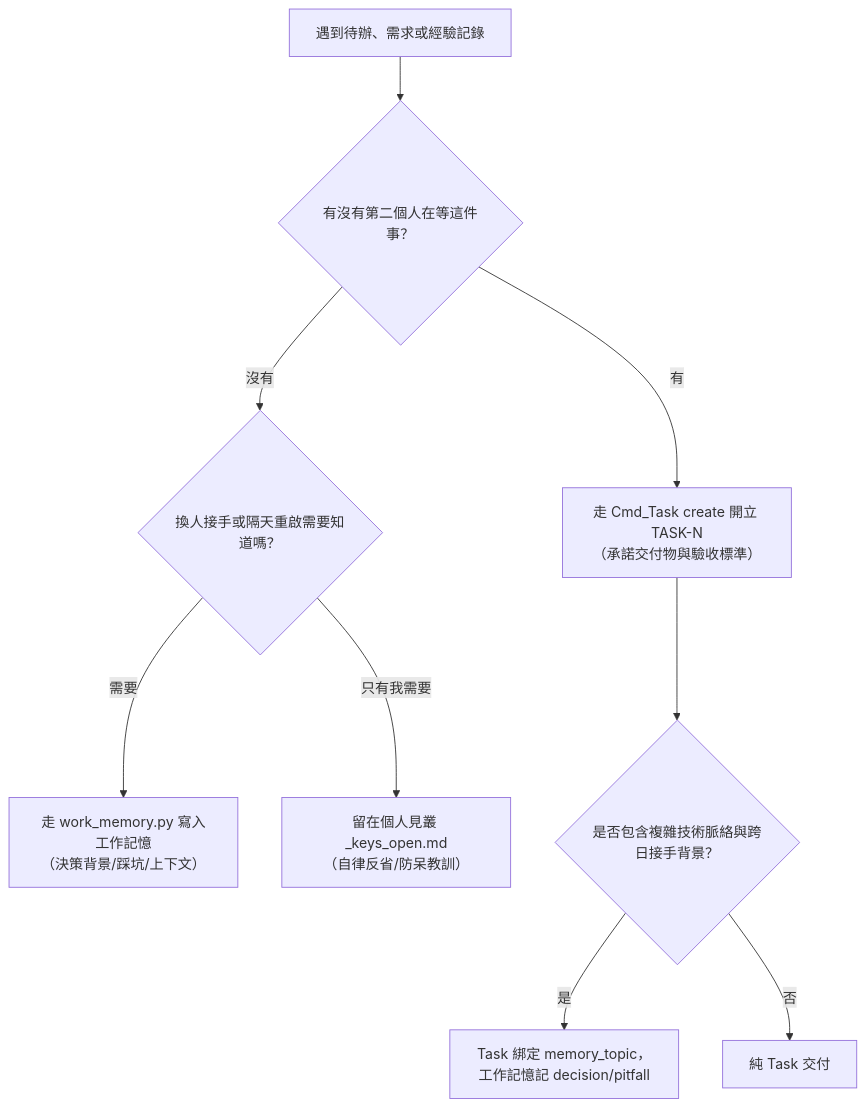
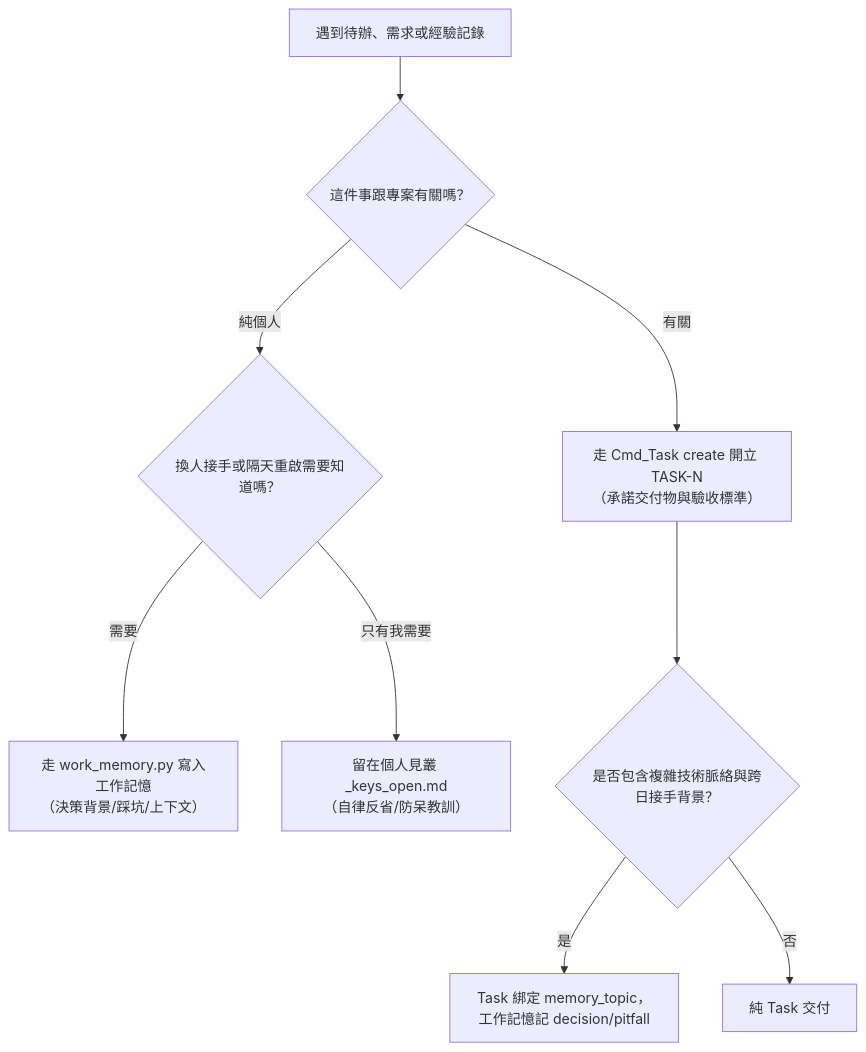
Before and after one commit to tim099/UCL_Core: the first of 2 diagrams in Docs~/zh-Hant/Workflows/Task_Management_Workflow.md, drawn with Mermaid. The commit also changed other lines of this file and 5 other files, not shown here.

````diff
--- a/Docs~/zh-Hant/Workflows/Task_Management_Workflow.md
+++ b/Docs~/zh-Hant/Workflows/Task_Management_Workflow.md
@@ -23,11 +24,11 @@
 ```mermaid
 graph TD
-    A[遇到待辦、需求或經驗記錄] --> B{有沒有第二個人在等這件事？}
-    B -->|有| C[走 Cmd_Task create 開立 TASK-N<br>（承諾交付物與驗收標準）]
-    B -->|沒有| D{換人接手或隔天重啟需要知道嗎？}
+    A[遇到待辦、需求或經驗記錄] --> B{這件事跟專案有關嗎？}
+    B -->|有關| C[走 Cmd_Task create 開立 TASK-N<br>（承諾交付物與驗收標準）]
+    B -->|純個人| D{換人接手或隔天重啟需要知道嗎？}
     D -->|需要| E[走 work_memory.py 寫入工作記憶<br>（決策背景/踩坑/上下文）]
     D -->|只有我需要| F[留在個人見叢 _keys_open.md<br>（自律反省/防呆教訓）]
     C --> G{是否包含複雜技術脈絡與跨日接手背景？}
     G -->|是| H[Task 綁定 memory_topic，工作記憶記 decision/pitfall]
     G -->|否| I[純 Task 交付]
 ```
````
